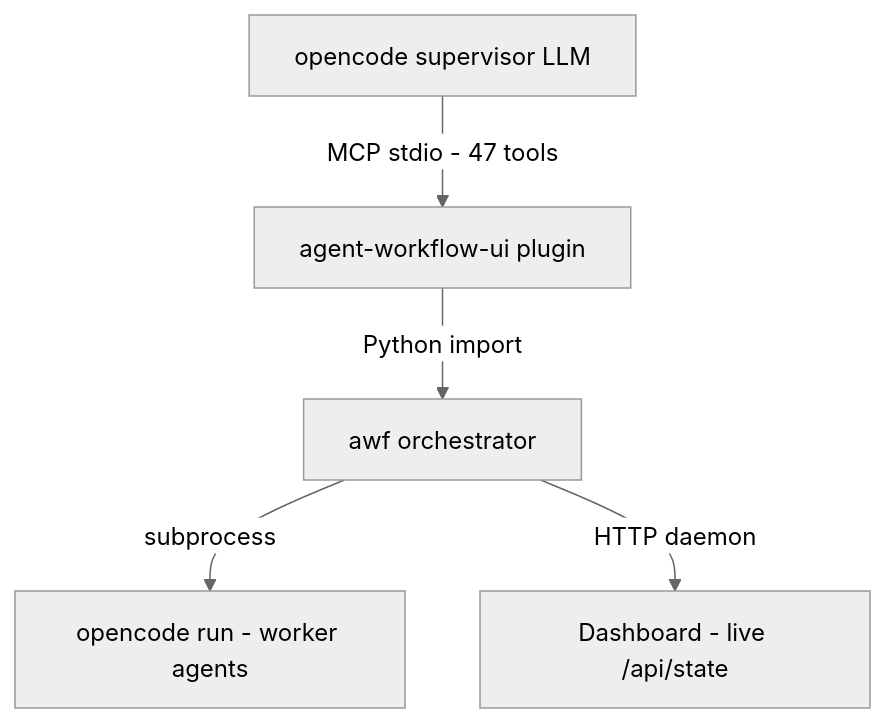
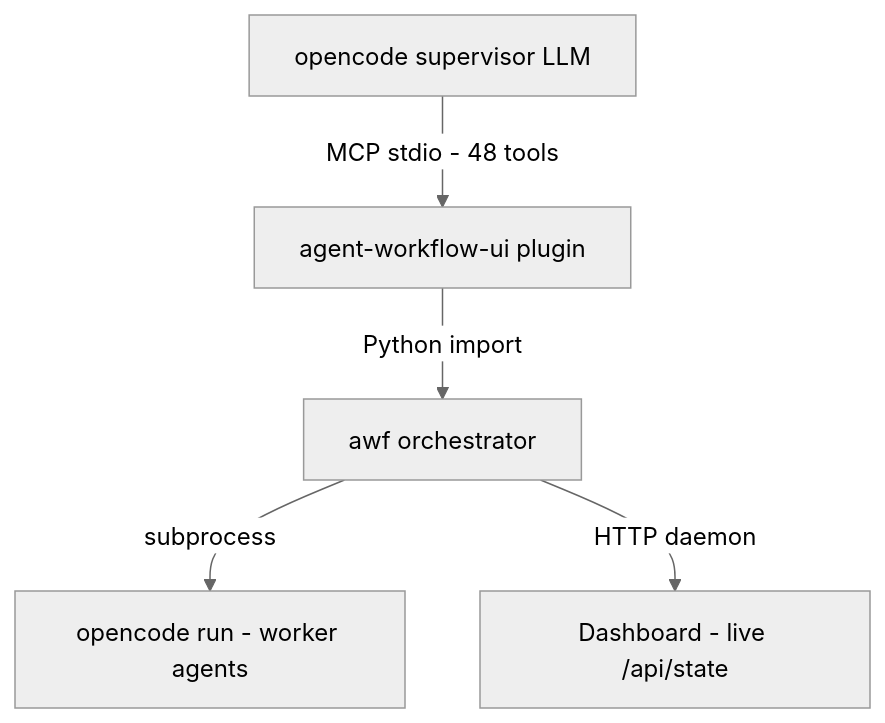
One commit to EnerJizeIT/agentic-workflow changed the second of 2 diagrams in README.md. Above: the diagram before and after it, drawn with Mermaid (neutral theme). The commit also changed other lines of this file and 19 other files, not shown here.

````diff
--- a/README.md
+++ b/README.md
@@ -91,7 +91,7 @@
 ```mermaid
 graph TD
-    A[opencode supervisor LLM] -->|MCP stdio - 47 tools| B[agent-workflow-ui plugin]
+    A[opencode supervisor LLM] -->|MCP stdio - 48 tools| B[agent-workflow-ui plugin]
     B -->|Python import| C[awf orchestrator]
     C -->|subprocess| D[opencode run - worker agents]
     C -->|HTTP daemon| E[Dashboard - live /api/state]
 ```
````
